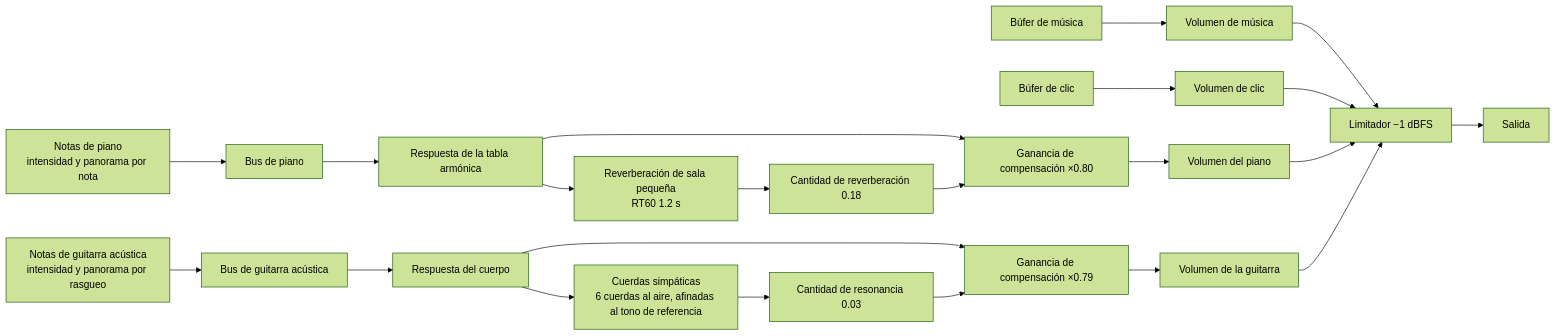
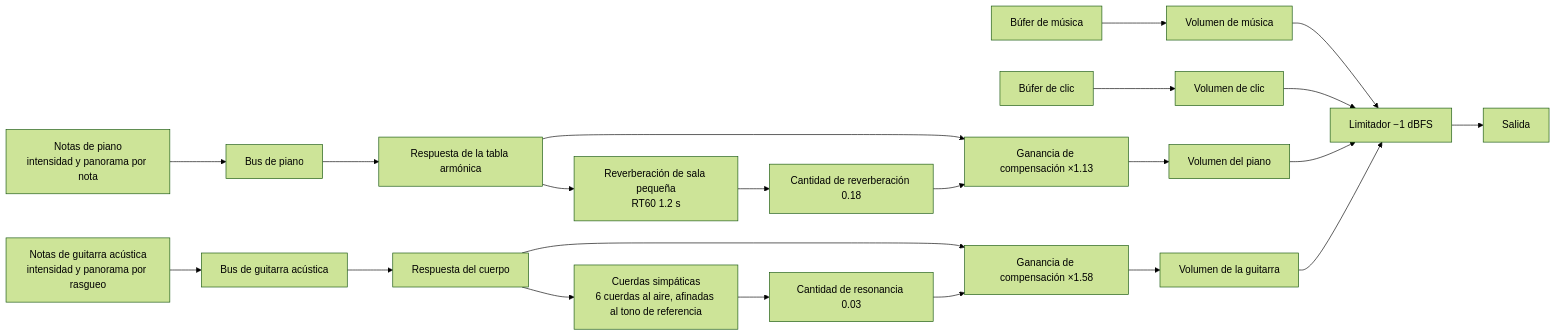
The third of 3 diagrams in README.es.md (Velvitty/Chordity), drawn with Mermaid (forest theme) before and after one commit. The commit also changed other lines of this file and 9 other files, not shown here.

````diff
--- a/README.es.md
+++ b/README.es.md
@@ -1419,18 +1419,18 @@
 ```mermaid
 flowchart LR
   M["Búfer de música"] --> GM["Volumen de música"]
   C["Búfer de clic"] --> GC["Volumen de clic"]
   P["Notas de piano<br/>intensidad y panorama por nota"] --> PB["Bus de piano"] --> SB["Respuesta de la tabla armónica"]
-  SB --> MP["Ganancia de compensación ×0.80"]
+  SB --> MP["Ganancia de compensación ×1.13"]
   SB --> RP["Reverberación de sala pequeña<br/>RT60 1.2 s"] --> WP["Cantidad de reverberación 0.18"] --> MP
   G["Notas de guitarra acústica<br/>intensidad y panorama por rasgueo"] --> GB["Bus de guitarra acústica"] --> BD["Respuesta del cuerpo"]
-  BD --> MG["Ganancia de compensación ×0.79"]
+  BD --> MG["Ganancia de compensación ×1.58"]
   BD --> RG["Cuerdas simpáticas<br/>6 cuerdas al aire, afinadas al tono de referencia"] --> WG["Cantidad de resonancia 0.03"] --> MG
   MP --> GP["Volumen del piano"]
   MG --> GG["Volumen de la guitarra"]
   GM --> L["Limitador −1 dBFS"]
   GC --> L
   GP --> L
   GG --> L
   L --> O["Salida"]
 ```
````
